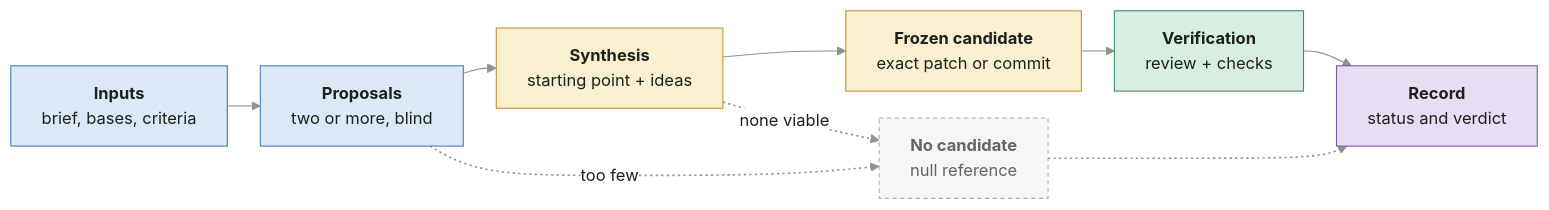
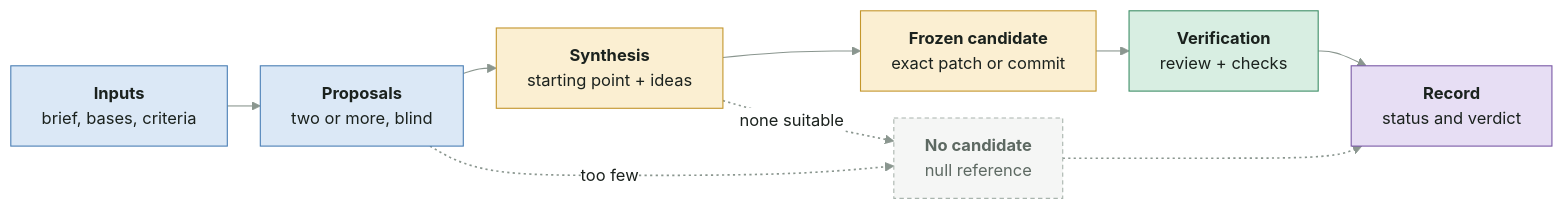
One commit to Gamebreack/Chimera changed the diagram in README.md. Above: the diagram before and after it, drawn with Mermaid. The commit also changed other lines of this file and 5 other files, not shown here.

````diff
--- a/README.md
+++ b/README.md
@@ -22,36 +22,36 @@
 ```mermaid
 %%{init: {"theme":"base","themeVariables":{"fontFamily":"system-ui, -apple-system, Segoe UI, sans-serif","fontSize":"15px","primaryTextColor":"#1b221e","lineColor":"#8a968f","clusterBkg":"transparent","clusterBorder":"#b7c0ba","titleColor":"#5d6962","edgeLabelBackground":"#ffffff"},"flowchart":{"curve":"basis","nodeSpacing":22,"rankSpacing":30,"padding":14,"htmlLabels":true}}}%%
 flowchart LR
     I["<b>Inputs</b><br/>brief, bases, criteria"]
     P["<b>Proposals</b><br/>two or more, blind"]
     S["<b>Synthesis</b><br/>starting point + ideas"]
     F["<b>Frozen candidate</b><br/>exact patch or commit"]
     V["<b>Verification</b><br/>review + checks"]
     R["<b>Record</b><br/>status and verdict"]
     N["<b>No candidate</b><br/>null reference"]
 
     I --> P
     P --> S
     S --> F
     F --> V
     V --> R
     %% 5: optional
     P -.->|"too few"| N
     %% 6: optional
-    S -.->|"none viable"| N
+    S -.->|"none suitable"| N
     %% 7: optional
     N -.-> R
 
     classDef ext fill:#e7eae8,stroke:#8a968f,color:#1b221e
     classDef p1 fill:#dbe8f6,stroke:#4a7fb5,color:#1b221e
     classDef p2 fill:#fbefd2,stroke:#c3962c,color:#1b221e
     classDef p3 fill:#d8eee2,stroke:#3f8f68,color:#1b221e
     classDef p4 fill:#e7def4,stroke:#7a5aa6,color:#1b221e
     classDef side fill:#f5f6f5,stroke:#a9b4ad,color:#5d6962,stroke-dasharray:4 3
     class I,P p1
     class S,F p2
     class V p3
     class R p4
     class N side
     linkStyle 5,6,7 stroke:#8a968f,stroke-width:1.5px,stroke-dasharray:2 3
 ```
````
